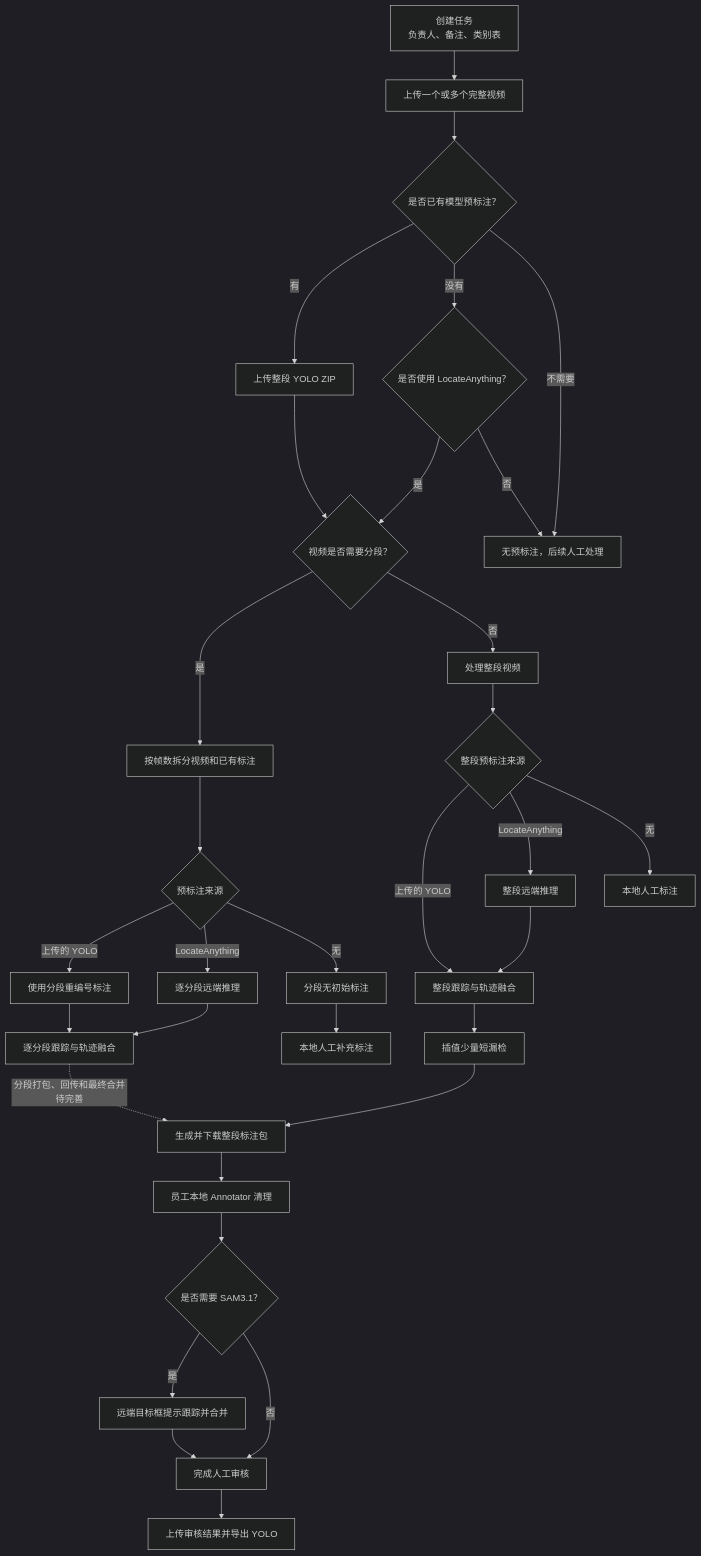
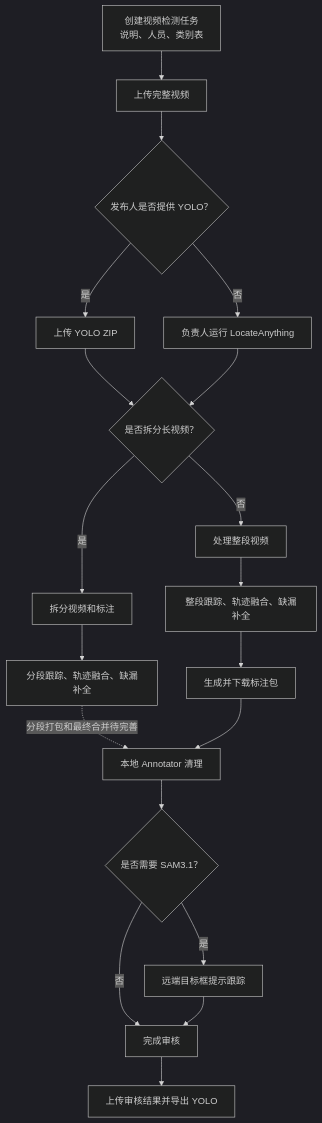
Before and after one commit to JasenZ2000/VideoAnnotate: the third of 6 diagrams in docs/platform-capabilities.md, drawn with Mermaid (dark theme). The commit also changed other lines of this file and 12 other files, not shown here.

````diff
--- a/docs/platform-capabilities.md
+++ b/docs/platform-capabilities.md
@@ -34,38 +84,21 @@
 ```mermaid
 flowchart TD
-    A["创建任务<br/>负责人、备注、类别表"] --> B["上传一个或多个完整视频"]
-    B --> C{"是否已有模型预标注？"}
-    C -->|"有"| D["上传整段 YOLO ZIP"]
-    C -->|"没有"| E{"是否使用 LocateAnything？"}
-    C -->|"不需要"| F["无预标注，后续人工处理"]
-
-    D --> G{"视频是否需要分段？"}
-    E -->|"是"| G
-    E -->|"否"| F
-    G -->|"是"| H["按帧数拆分视频和已有标注"]
-    G -->|"否"| I["处理整段视频"]
-
-    H --> J{"预标注来源"}
-    J -->|"上传的 YOLO"| K["使用分段重编号标注"]
-    J -->|"LocateAnything"| L["逐分段远端推理"]
-    J -->|"无"| M["分段无初始标注"]
-    K --> N["逐分段跟踪与轨迹融合"]
-    L --> N
-    M --> O["本地人工补充标注"]
-
-    I --> P{"整段预标注来源"}
-    P -->|"上传的 YOLO"| Q["整段跟踪与轨迹融合"]
-    P -->|"LocateAnything"| R["整段远端推理"]
-    P -->|"无"| S["本地人工标注"]
-    R --> Q
-    Q --> T["插值少量短漏检"]
-    T --> U["生成并下载整段标注包"]
-    U --> V["员工本地 Annotator 清理"]
-    V --> W{"是否需要 SAM3.1？"}
-    W -->|"是"| X["远端目标框提示跟踪并合并"]
-    W -->|"否"| Y["完成人工审核"]
-    X --> Y
-    Y --> Z["上传审核结果并导出 YOLO"]
-
-    N -.->|"分段打包、回传和最终合并待完善"| U
+    A["创建视频检测任务<br/>说明、人员、类别表"] --> B["上传完整视频"]
+    B --> C{"发布人是否提供 YOLO？"}
+    C -->|"是"| D["上传 YOLO ZIP"]
+    C -->|"否"| E["负责人运行 LocateAnything"]
+    D --> F{"是否拆分长视频？"}
+    E --> F
+    F -->|"是"| G["拆分视频和标注"]
+    F -->|"否"| H["处理整段视频"]
+    G --> I["分段跟踪、轨迹融合、缺漏补全"]
+    H --> J["整段跟踪、轨迹融合、缺漏补全"]
+    I -.->|"分段打包和最终合并待完善"| K["本地 Annotator 清理"]
+    J --> L["生成并下载标注包"]
+    L --> K
+    K --> M{"是否需要 SAM3.1？"}
+    M -->|"是"| N["远端目标框提示跟踪"]
+    M -->|"否"| O["完成审核"]
+    N --> O
+    O --> P["上传审核结果并导出 YOLO"]
 ```
````
